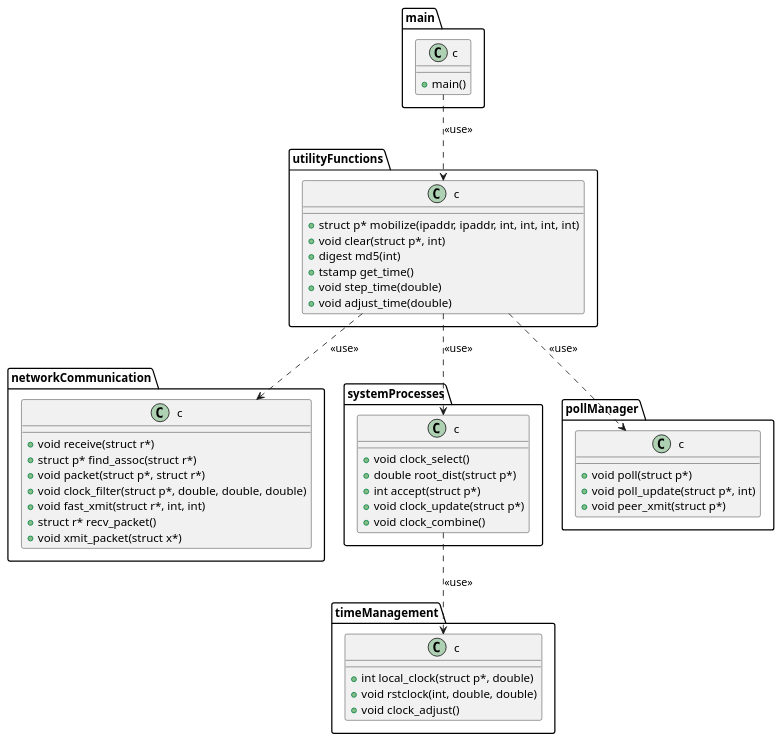
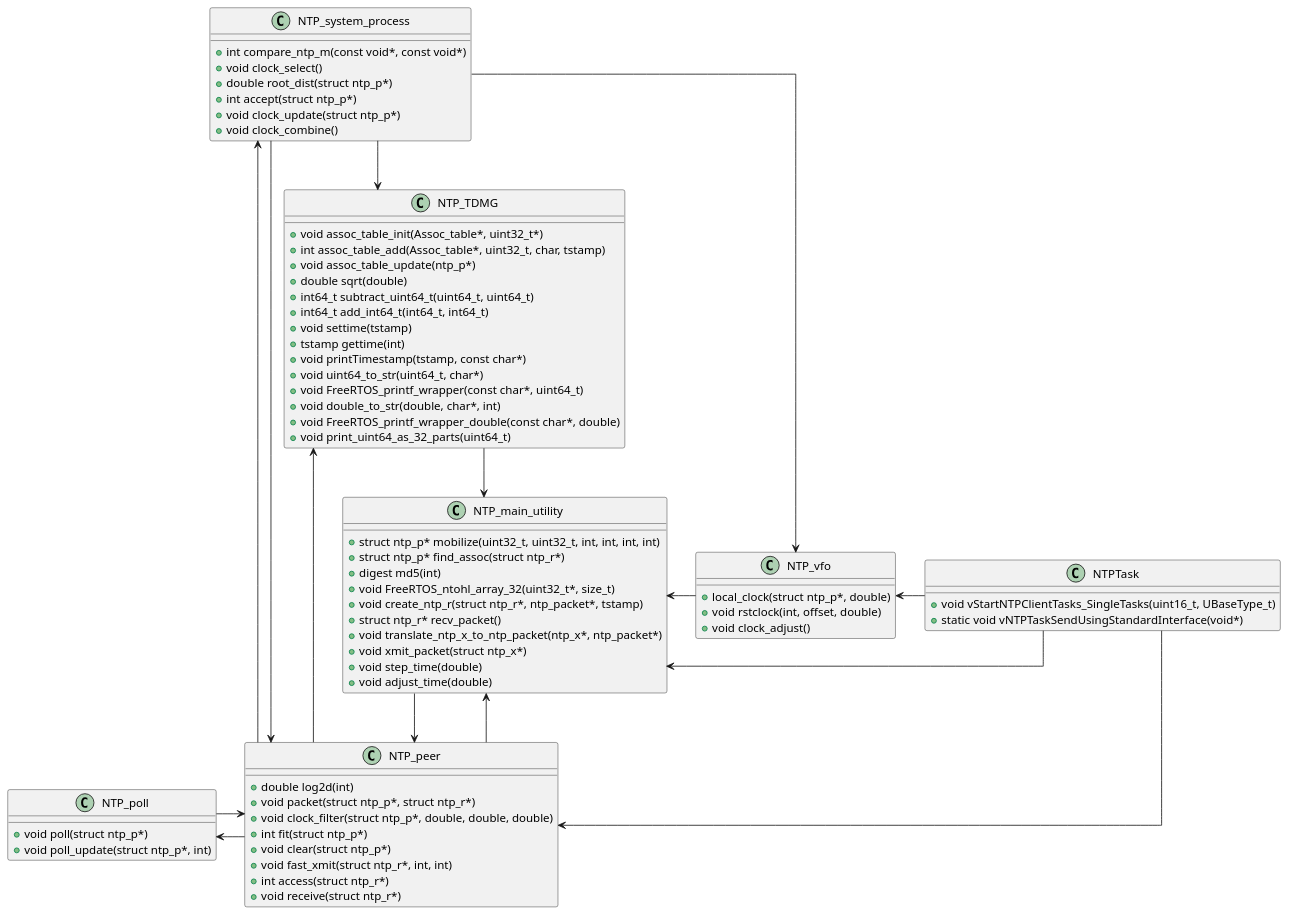
The diagram in uml/classes_NTP.puml (atomic-pvk/atomic-project), drawn with PlantUML before and after one commit.

Commit message:
updated classes UML

```diff
--- a/uml/classes_NTP.puml
+++ b/uml/classes_NTP.puml
@@ -1,44 +1,93 @@
-@startuml uml
-class main.c {
-    + main()
+@startuml
+skinparam linetype ortho
+
+' Classes definition
+class NTPTask {
+    + void vStartNTPClientTasks_SingleTasks(uint16_t, UBaseType_t)
+    + static void vNTPTaskSendUsingStandardInterface(void*)
 }
-class utilityFunctions.c {
-    + struct p* mobilize(ipaddr, ipaddr, int, int, int, int)
-    + void clear(struct p*, int)
+
+class NTP_main_utility {
+    + struct ntp_p* mobilize(uint32_t, uint32_t, int, int, int, int)
+    + struct ntp_p* find_assoc(struct ntp_r*)
     + digest md5(int)
-    + tstamp get_time()
+    + void FreeRTOS_ntohl_array_32(uint32_t*, size_t)
+    + void create_ntp_r(struct ntp_r*, ntp_packet*, tstamp)
+    + struct ntp_r* recv_packet()
+    + void translate_ntp_x_to_ntp_packet(ntp_x*, ntp_packet*)
+    + void xmit_packet(struct ntp_x*)
     + void step_time(double)
     + void adjust_time(double)
 }
-class networkCommunication.c {
-    + void receive(struct r*)
-    + struct p* find_assoc(struct r*)
-    + void packet(struct p*, struct r*)
-    + void clock_filter(struct p*, double, double, double)
-    + void fast_xmit(struct r*, int, int)
-    + struct r* recv_packet()
-    + void xmit_packet(struct x*)
+
+class NTP_TDMG {
+    + void assoc_table_init(Assoc_table*, uint32_t*)
+    + int assoc_table_add(Assoc_table*, uint32_t, char, tstamp)
+    + void assoc_table_update(ntp_p*)
+    + double sqrt(double)
+    + int64_t subtract_uint64_t(uint64_t, uint64_t)
+    + int64_t add_int64_t(int64_t, int64_t)
+    + void settime(tstamp)
+    + tstamp gettime(int)
+    + void printTimestamp(tstamp, const char*)
+    + void uint64_to_str(uint64_t, char*)
+    + void FreeRTOS_printf_wrapper(const char*, uint64_t)
+    + void double_to_str(double, char*, int)
+    + void FreeRTOS_printf_wrapper_double(const char*, double)
+    + void print_uint64_as_32_parts(uint64_t)
 }
-class systemProcesses.c {
+
+class NTP_peer {
+    + double log2d(int)
+    + void packet(struct ntp_p*, struct ntp_r*)
+    + void clock_filter(struct ntp_p*, double, double, double)
+    + int fit(struct ntp_p*)
+    + void clear(struct ntp_p*)
+    + void fast_xmit(struct ntp_r*, int, int)
+    + int access(struct ntp_r*)
+    + void receive(struct ntp_r*)
+}
+
+class NTP_poll {
+    + void poll(struct ntp_p*)
+    + void poll_update(struct ntp_p*, int)
+}
+
+class NTP_system_process {
+    + int compare_ntp_m(const void*, const void*)
     + void clock_select()
-    + double root_dist(struct p*)
-    + int accept(struct p*)
-    + void clock_update(struct p*)
+    + double root_dist(struct ntp_p*)
+    + int accept(struct ntp_p*)
+    + void clock_update(struct ntp_p*)
     + void clock_combine()
 }
-class pollManager.c {
-    + void poll(struct p*)
-    + void poll_update(struct p*, int)
-    + void peer_xmit(struct p*)
-}
-class timeManagement.c {
-    + int local_clock(struct p*, double)
-    + void rstclock(int, double, double)
+
+ class NTP_vfo {
+    + local_clock(struct ntp_p*, double)
+    + void rstclock(int, offset, double)
     + void clock_adjust()
 }
-main.c ..> utilityFunctions.c : <<use>>
-utilityFunctions.c ..> networkCommunication.c : <<use>>
-utilityFunctions.c ..> systemProcesses.c : <<use>>
-utilityFunctions.c ..> pollManager.c : <<use>>
-systemProcesses.c ..> timeManagement.c : <<use>>
+
+' Relationships
+NTPTask -left-> NTP_main_utility
+NTPTask -down-> NTP_peer
+NTPTask -left-> NTP_vfo
+
+NTP_main_utility -left-> NTP_peer
+NTP_main_utility -left-> NTP_TDMG.c
+
+NTP_TDMG -down-> NTP_main_utility
+
+NTP_poll -right-> NTP_peer
+
+NTP_peer -left-> NTP_TDMG
+NTP_peer -left-> NTP_poll
+NTP_peer -left-> NTP_system_process
+NTP_peer -right-> NTP_main_utility
+
+NTP_system_process -down-> NTP_vfo
+NTP_system_process -down-> NTP_TDMG
+NTP_system_process -down-> NTP_peer
+
+NTP_vfo -left-> NTP_main_utility
 @enduml
```
